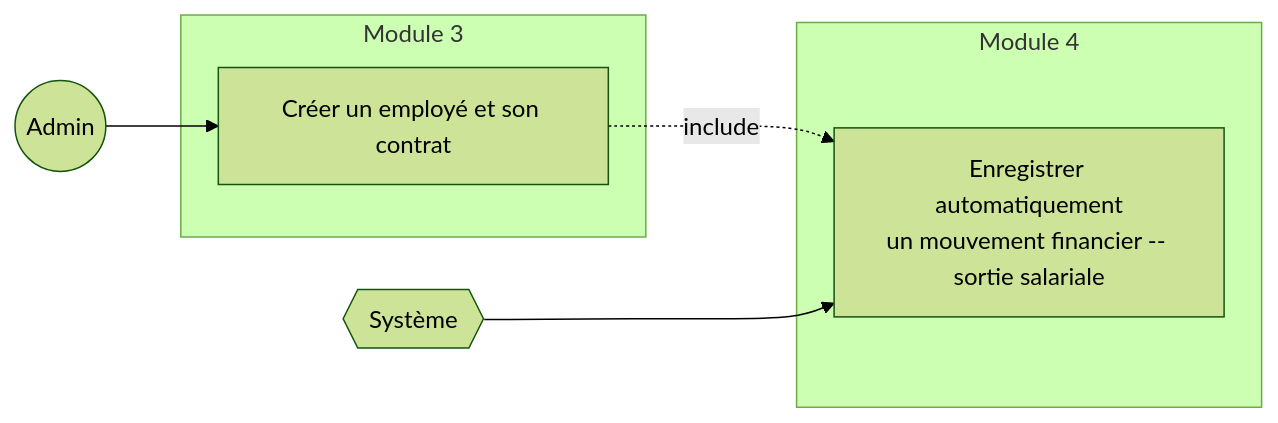
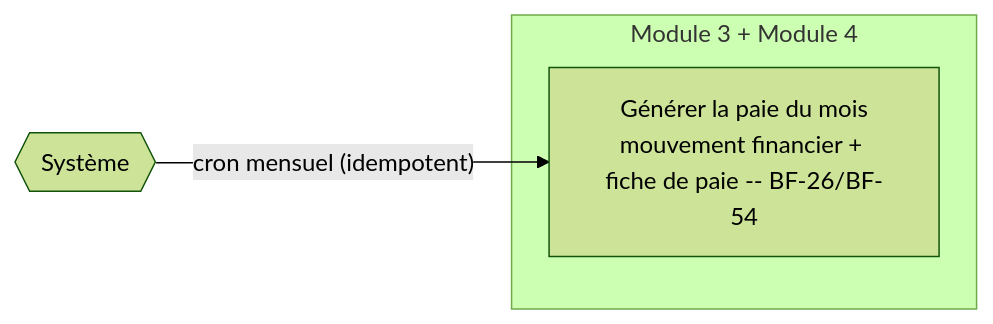
The second of 5 diagrams in documents/Document_Analyse_Module3-4_v1.1.md (DarelleHapket/AGT-TASKFLOW2.0), drawn with Mermaid (forest theme) before and after one commit. The commit also changed other lines of this file and 79 other files, not shown here.

````diff
--- a/documents/Document_Analyse_Module3-4_v1.1.md
+++ b/documents/Document_Analyse_Module3-4_v1.1.md
@@ -159,16 +160,10 @@
 ```mermaid
 flowchart LR
-    admin((Admin))
     systeme{{Système}}
 
-    subgraph Module3b["Module 3"]
-        UC_contrat[Créer un employé et son contrat]
-    end
-    subgraph Module4b["Module 4"]
-        UC_mouv_auto[Enregistrer automatiquement<br/>un mouvement financier -- sortie salariale]
+    subgraph Module34["Module 3 + Module 4"]
+        UC_paie[Générer la paie du mois<br/>mouvement financier + fiche de paie -- BF-26/BF-54]
     end
 
-    admin --> UC_contrat
-    UC_contrat -.include.-> UC_mouv_auto
-    systeme --> UC_mouv_auto
+    systeme -- "cron mensuel (idempotent)" --> UC_paie
 ```
````
